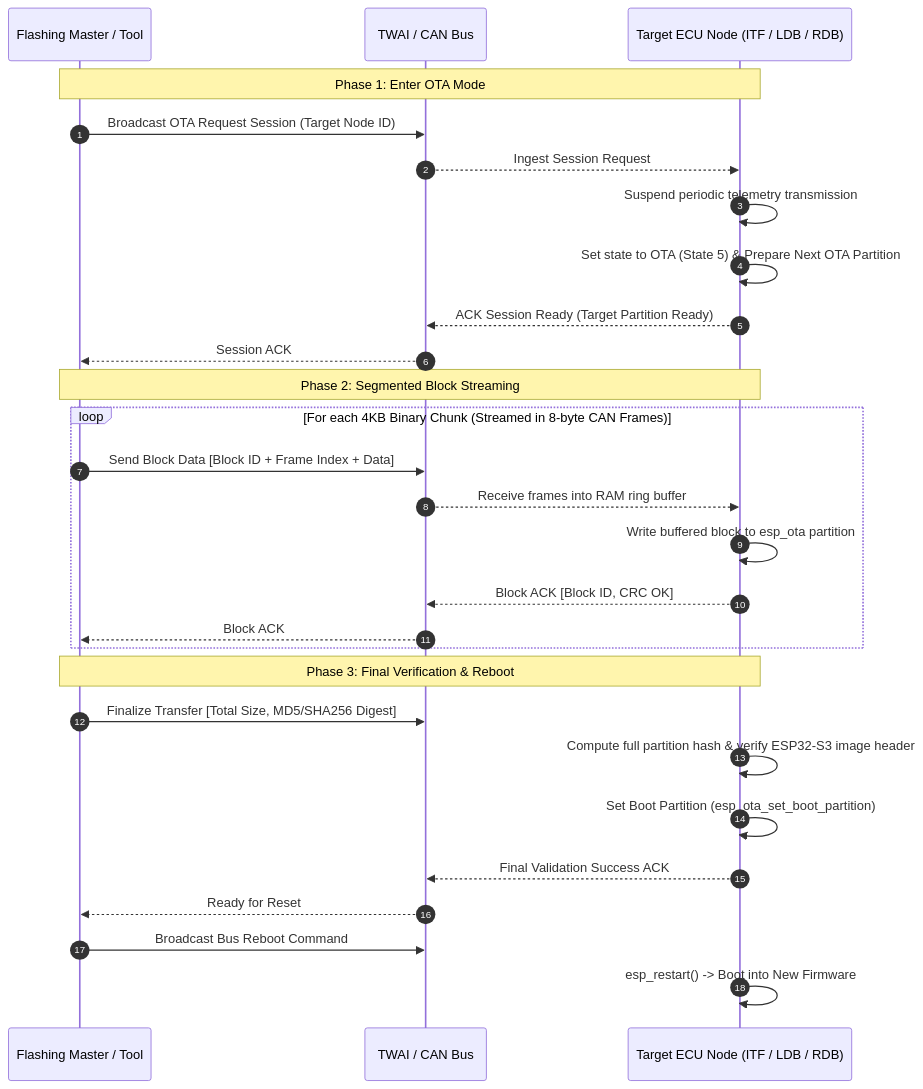
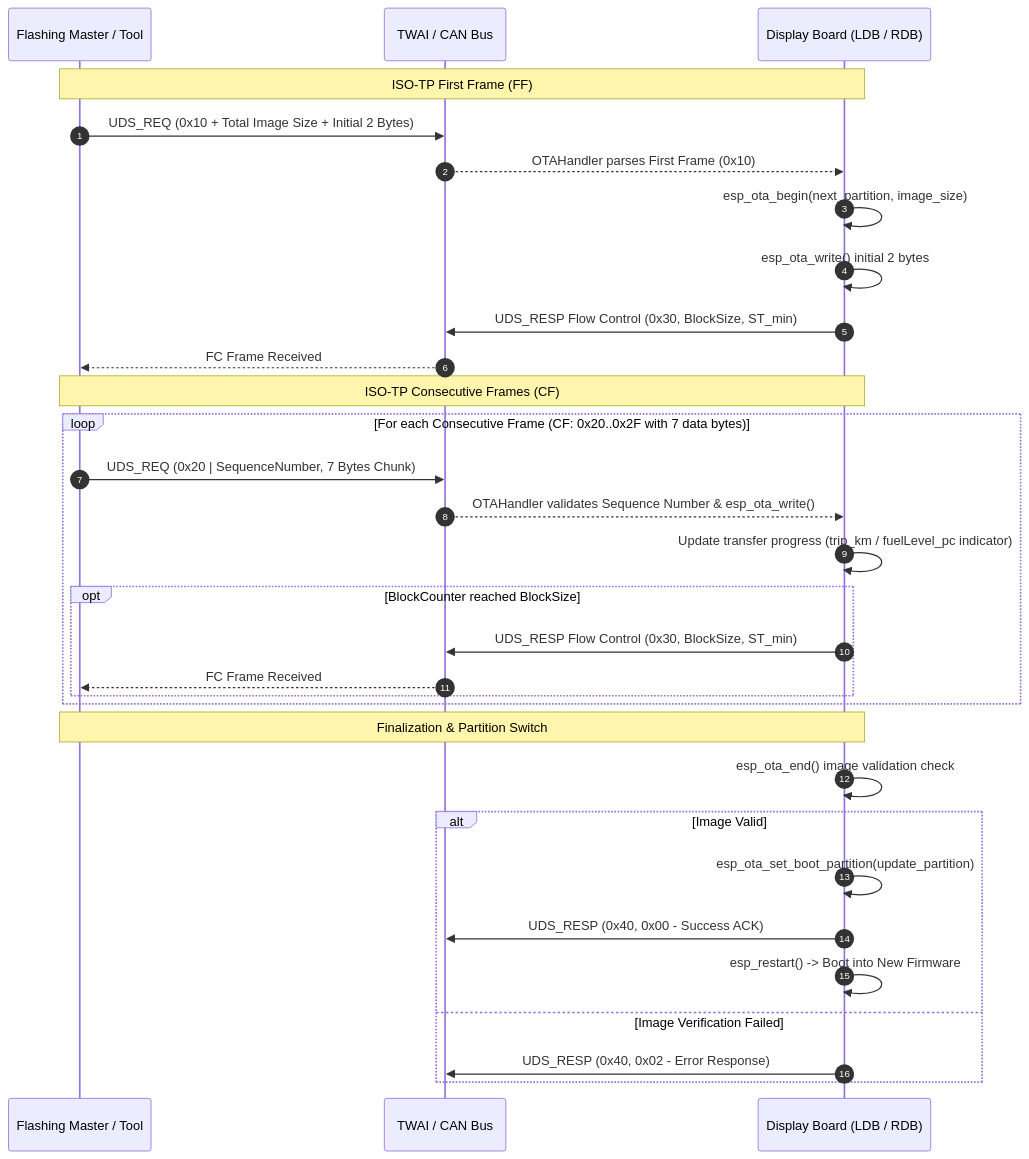
Before and after one commit to martinroger/vx-binocle-espidf: the fourth of 4 diagrams in docs/SCENARIOS.md, drawn with Mermaid. The commit also changed other lines of this file and 10 other files, not shown here.

````diff
--- a/docs/SCENARIOS.md
+++ b/docs/SCENARIOS.md
@@ -124,33 +112,36 @@
 ```mermaid
 sequenceDiagram
     autonumber
     participant MASTER as Flashing Master / Tool
     participant CAN as TWAI / CAN Bus
-    participant NODE as Target ECU Node (ITF / LDB / RDB)
+    participant DSP as Display Board (LDB / RDB)
 
-    Note over MASTER, NODE: Phase 1: Enter OTA Mode
-    MASTER->>CAN: Broadcast OTA Request Session (Target Node ID)
-    CAN-->>NODE: Ingest Session Request
-    NODE->>NODE: Suspend periodic telemetry transmission
-    NODE->>NODE: Set state to OTA (State 5) & Prepare Next OTA Partition
-    NODE-->>CAN: ACK Session Ready (Target Partition Ready)
-    CAN-->>MASTER: Session ACK
+    Note over MASTER, DSP: ISO-TP First Frame (FF)
+    MASTER->>CAN: UDS_REQ (0x10 + Total Image Size + Initial 2 Bytes)
+    CAN-->>DSP: OTAHandler parses First Frame (0x10)
+    DSP->>DSP: esp_ota_begin(next_partition, image_size)
+    DSP->>DSP: esp_ota_write() initial 2 bytes
+    DSP->>CAN: UDS_RESP Flow Control (0x30, BlockSize, ST_min)
+    CAN-->>MASTER: FC Frame Received
 
-    Note over MASTER, NODE: Phase 2: Segmented Block Streaming
-    loop For each 4KB Binary Chunk (Streamed in 8-byte CAN Frames)
-        MASTER->>CAN: Send Block Data [Block ID + Frame Index + Data]
-        CAN-->>NODE: Receive frames into RAM ring buffer
-        NODE->>NODE: Write buffered block to esp_ota partition
-        NODE-->>CAN: Block ACK [Block ID, CRC OK]
-        CAN-->>MASTER: Block ACK
+    Note over MASTER, DSP: ISO-TP Consecutive Frames (CF)
+    loop For each Consecutive Frame (CF: 0x20..0x2F with 7 data bytes)
+        MASTER->>CAN: UDS_REQ (0x20 | SequenceNumber, 7 Bytes Chunk)
+        CAN-->>DSP: OTAHandler validates Sequence Number & esp_ota_write()
+        DSP->>DSP: Update transfer progress (trip_km / fuelLevel_pc indicator)
+        opt BlockCounter reached BlockSize
+            DSP->>CAN: UDS_RESP Flow Control (0x30, BlockSize, ST_min)
+            CAN-->>MASTER: FC Frame Received
+        end
     end
 
-    Note over MASTER, NODE: Phase 3: Final Verification & Reboot
-    MASTER->>CAN: Finalize Transfer [Total Size, MD5/SHA256 Digest]
-    NODE->>NODE: Compute full partition hash & verify ESP32-S3 image header
-    NODE->>NODE: Set Boot Partition (esp_ota_set_boot_partition)
-    NODE-->>CAN: Final Validation Success ACK
-    CAN-->>MASTER: Ready for Reset
-    MASTER->>CAN: Broadcast Bus Reboot Command
-    NODE->>NODE: esp_restart() -> Boot into New Firmware
+    Note over MASTER, DSP: Finalization & Partition Switch
+    DSP->>DSP: esp_ota_end() image validation check
+    alt Image Valid
+        DSP->>DSP: esp_ota_set_boot_partition(update_partition)
+        DSP->>CAN: UDS_RESP (0x40, 0x00 - Success ACK)
+        DSP->>DSP: esp_restart() -> Boot into New Firmware
+    else Image Verification Failed
+        DSP->>CAN: UDS_RESP (0x40, 0x02 - Error Response)
+    end
 ```
````
